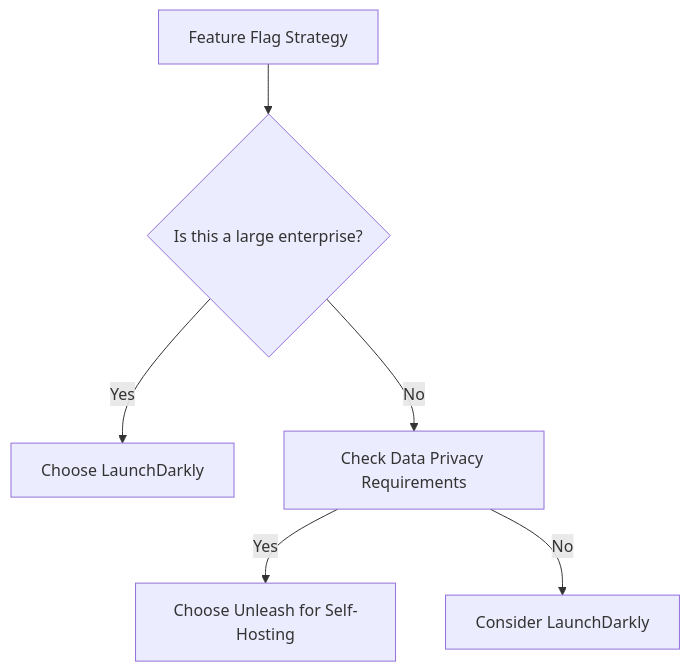
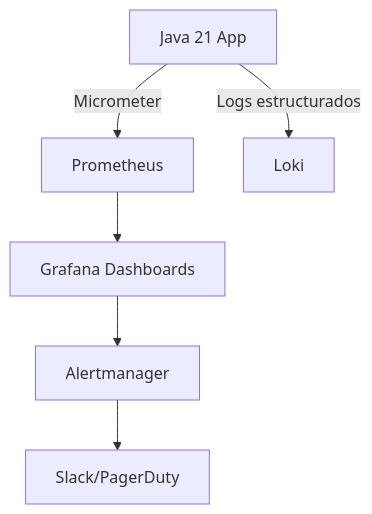
The fourth of 5 diagrams in _Review/feature_flags_y_progressive_delivery_con_unleash_y_launchdarkly/feature_flags_y_progressive_delivery_con_unleash_y_launchdarkly.md (Joaquinriosheredia/DAM-Java-Mastery), drawn with Mermaid before and after one commit. The commit also changed other lines of this file, not shown here.

First line of the commit message:
Feature Flags y Progressive Delivery con Unleash y LaunchDarkly en Java 21

````diff
--- a/_Review/feature_flags_y_progressive_delivery_con_unleash_y_launchdarkly/feature_flags_y_progressive_delivery_con_unleash_y_launchdarkly.md
+++ b/_Review/feature_flags_y_progressive_delivery_con_unleash_y_launchdarkly/feature_flags_y_progressive_delivery_con_unleash_y_launchdarkly.md
@@ -529,8 +247,8 @@
 ```mermaid
-   graph TD
-     A[Feature Flag Strategy] --> B{Is this a large enterprise?}
-     B -->|Yes| C[Choose LaunchDarkly]
-     B -->|No| D[Check Data Privacy Requirements]
-     D -->|Yes| E[Choose Unleash for Self-Hosting]
-     D -->|No| F[Consider LaunchDarkly]
-   ```
+graph TD
+    APP[Java 21 App] -->|Micrometer| PROM[Prometheus]
+    PROM --> GRAF[Grafana Dashboards]
+    GRAF --> ALERT[Alertmanager]
+    ALERT --> SLACK[Slack/PagerDuty]
+    APP -->|Logs estructurados| LOKI[Loki]
+```
````
